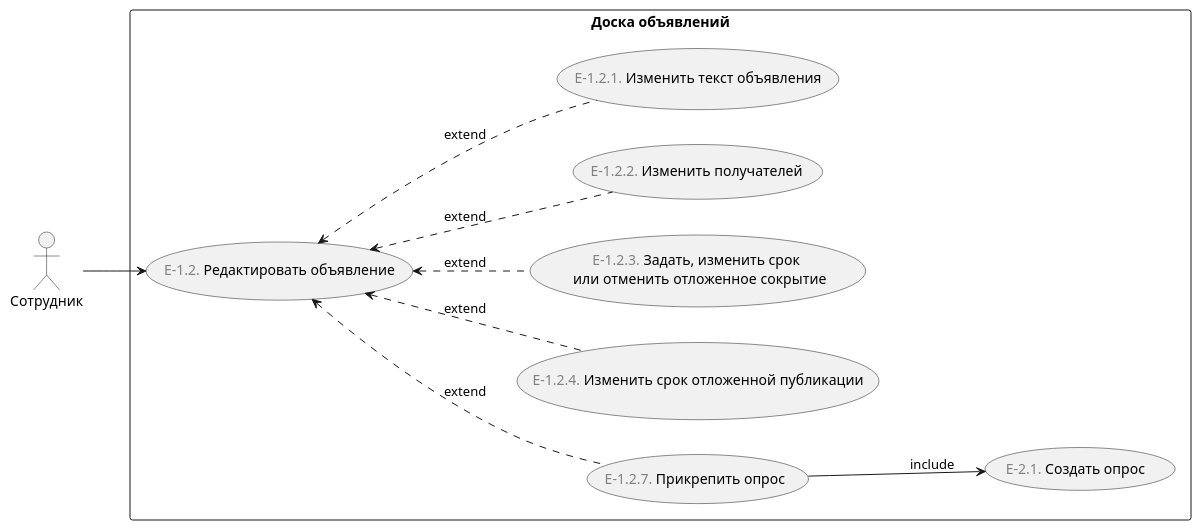
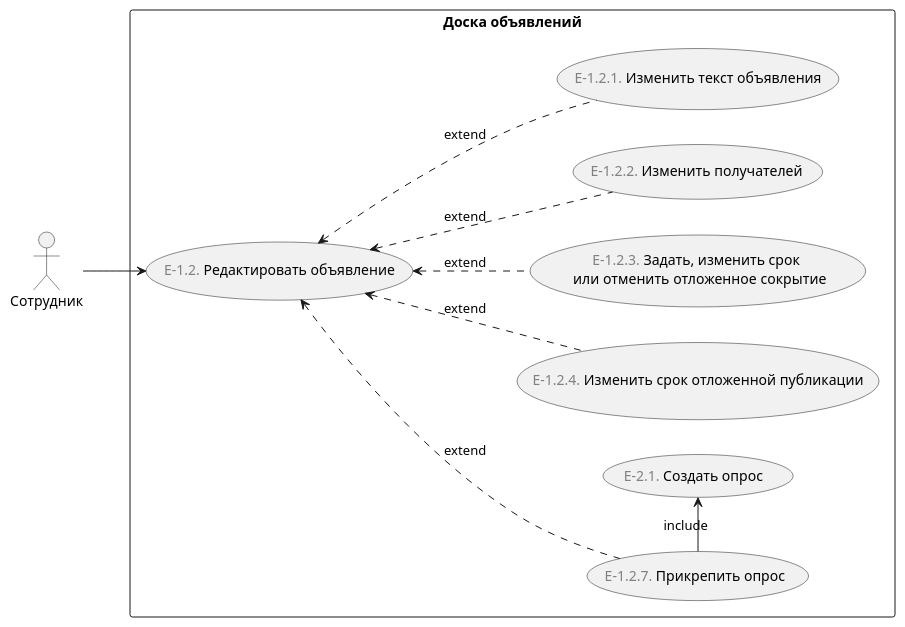
Before and after one commit to astu-app/ASTU-Bulletin-Board-Server: the diagram in doc/диаграммы/варианты-использования/редактировать-объявление.puml, drawn with PlantUML. The commit also changed 7 other files, not shown here.

Commit message:
переработал диаграммы

```diff
--- a/doc/диаграммы/варианты-использования/редактировать-объявление.puml
+++ b/doc/диаграммы/варианты-использования/редактировать-объявление.puml
@@ -1,22 +1,22 @@
 @startuml
 'https://plantuml.com/use-case-diagram
 
 left to right direction
 
 :Сотрудник: as employee
 
 rectangle "Доска объявлений" {
     (<font color="gray">E-1.2.</font> Редактировать объявление) as edit_announcement
     (<font color="gray">E-1.2.7.</font> Прикрепить опрос) as add_survey
 
     employee --> edit_announcement
      
     edit_announcement <.. add_survey : extend
     edit_announcement <.. (<font color="gray">E-1.2.4.</font> Изменить срок отложенной публикации) : extend
     edit_announcement <.. (<font color="gray">E-1.2.3.</font> Задать, изменить срок \n или отменить отложенное сокрытие) : extend
     edit_announcement <.. (<font color="gray">E-1.2.2.</font> Изменить получателей) : extend
     edit_announcement <.. (<font color="gray">E-1.2.1.</font> Изменить текст объявления) : extend
     
-    add_survey --> (<font color="gray">E-2.1.</font> Создать опрос ) : include
+    add_survey -right-> (<font color="gray">E-2.1.</font> Создать опрос ) : include
 }
 @enduml
```
